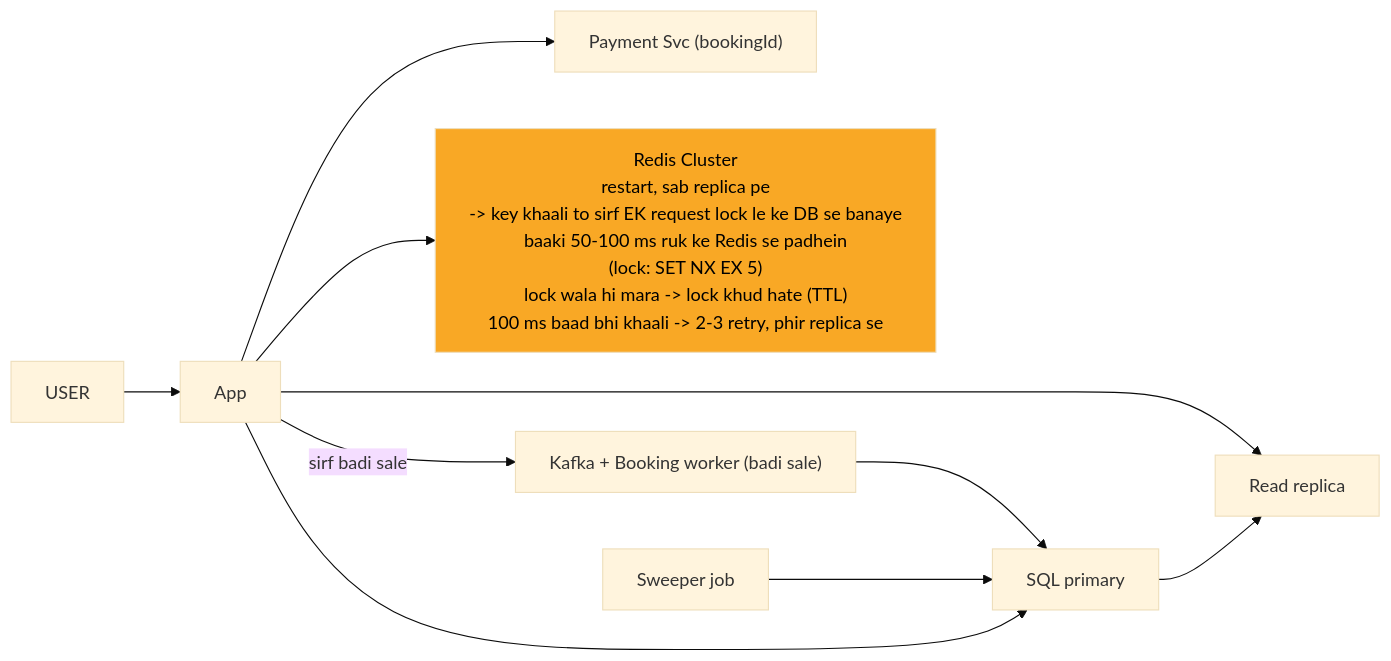
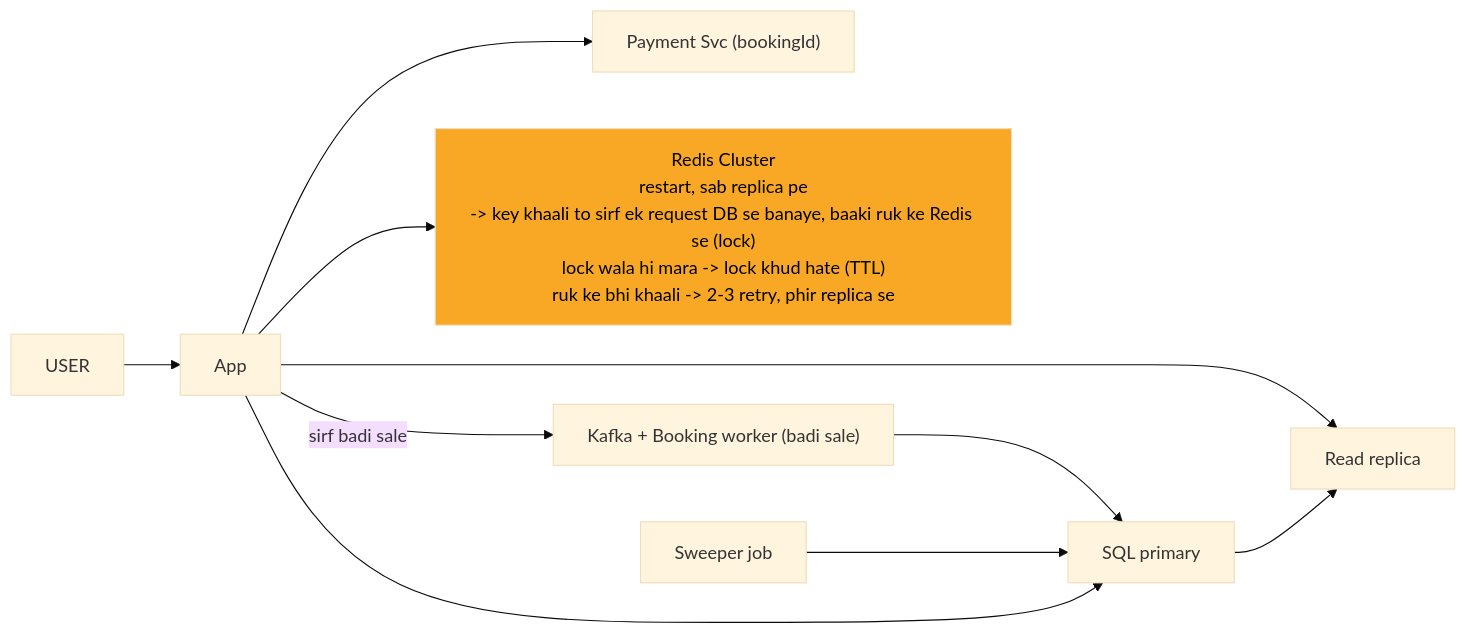
The diagram in 04_HLD/SYSTEM_DESIGNS/09_bookmyshow/img/c6.mmd (ArpanMaheshwari144/Prep), drawn with Mermaid (base theme) before and after one commit. The commit also changed 30 other files, not shown here.

```diff
--- a/04_HLD/SYSTEM_DESIGNS/09_bookmyshow/img/c6.mmd
+++ b/04_HLD/SYSTEM_DESIGNS/09_bookmyshow/img/c6.mmd
@@ -1,20 +1,20 @@
 %%{init: {"flowchart": {"wrappingWidth": 450}}}%%
 flowchart LR
     n_USER["USER"]
     n_App["App"]
     n_Payment_Svc["Payment Svc (bookingId)"]
-    n_Redis["Redis Cluster<br/>restart, sab replica pe<br/>-> key khaali to sirf EK request lock le ke DB se banaye<br/>baaki 50-100 ms ruk ke Redis se padhein<br/>(lock: SET NX EX 5)<br/>lock wala hi mara -> lock khud hate (TTL)<br/>100 ms baad bhi khaali -> 2-3 retry, phir replica se"]
+    n_Redis["Redis Cluster<br/>restart, sab replica pe<br/>-> key khaali to sirf ek request DB se banaye, baaki ruk ke Redis se (lock)<br/>lock wala hi mara -> lock khud hate (TTL)<br/>ruk ke bhi khaali -> 2-3 retry, phir replica se"]
     n_Read_replica["Read replica"]
     n_KB["Kafka + Booking worker (badi sale)"]
     n_SQL_primary["SQL primary"]
     n_Sweeper_job["Sweeper job"]
     n_USER --> n_App
     n_App --> n_Payment_Svc
     n_App --> n_Redis
     n_App --> n_Read_replica
     n_App -->|sirf badi sale| n_KB
     n_KB --> n_SQL_primary
     n_Sweeper_job --> n_SQL_primary
     n_App --> n_SQL_primary
     n_SQL_primary --> n_Read_replica
     style n_Redis fill:#f9a825,color:#000
```
